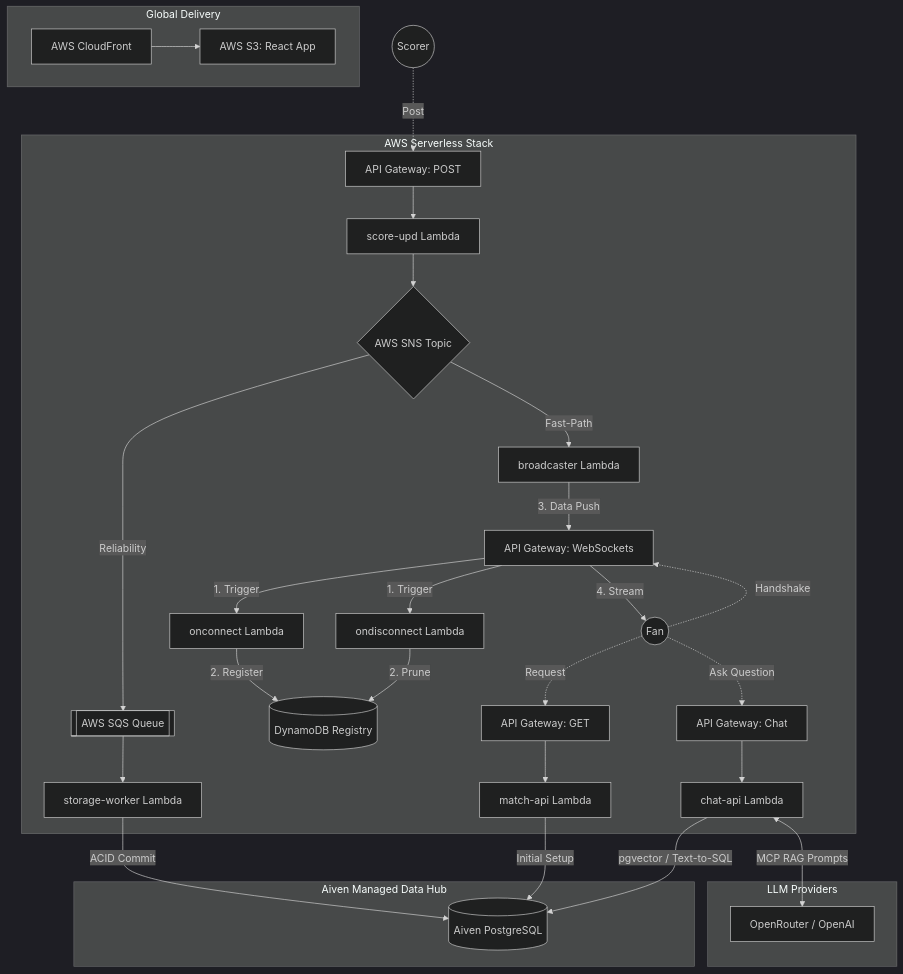
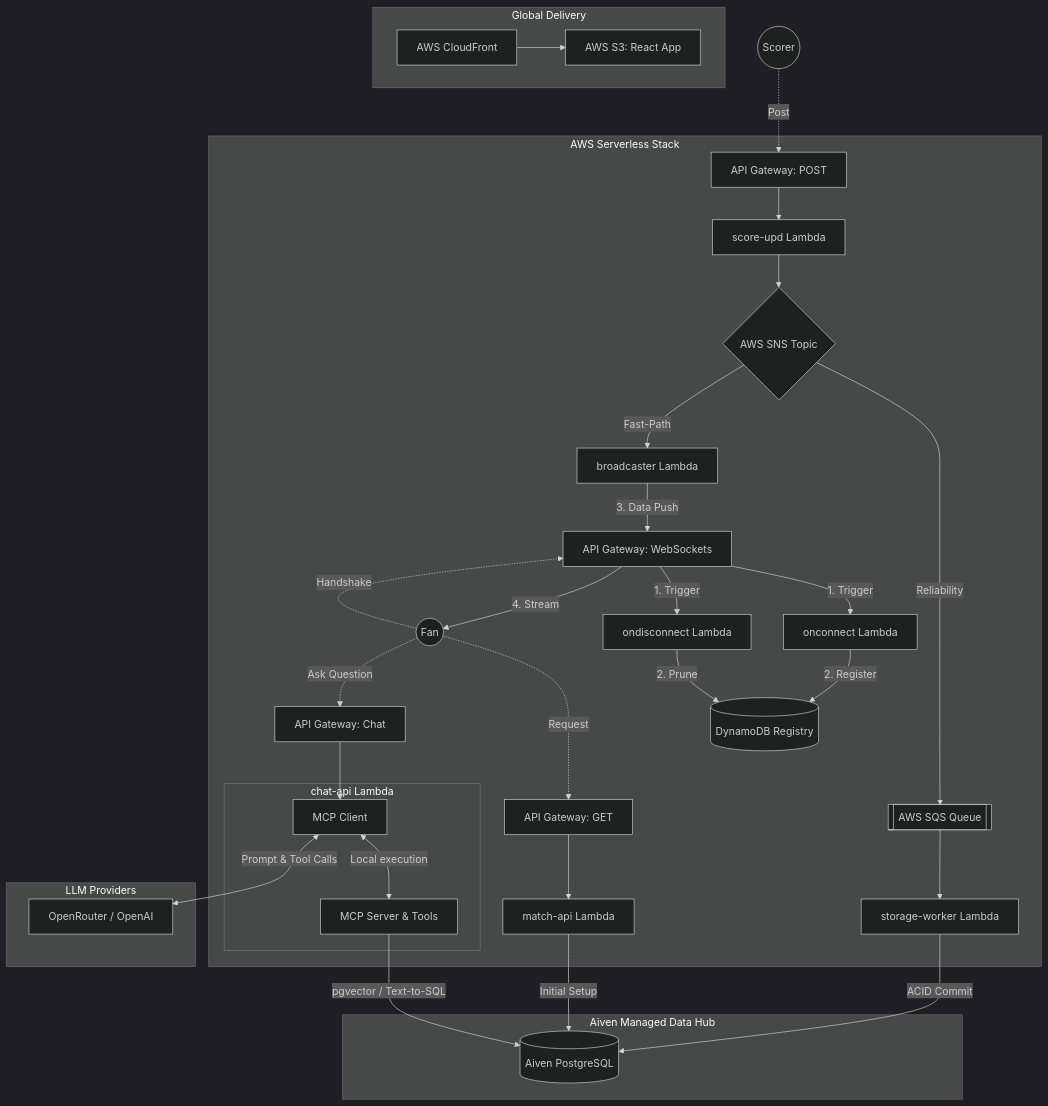
Before and after one commit to venkatesh-singamsetty/cricscore: the diagram in README.md, drawn with Mermaid (dark theme).

Commit message:
docs: detail MCP Client and Server separation in architecture diagram

````diff
--- a/README.md
+++ b/README.md
@@ -32,56 +32,62 @@
 ```mermaid
 graph TD
     %% Global CDN Layer
     subgraph CDN [Global Delivery]
         CF[AWS CloudFront] --> S3[AWS S3: React App]
     end
 
     %% Cloud Logic
     subgraph AWS [AWS Serverless Stack]
         REST_GET[API Gateway: GET] --> match_api[match-api Lambda]
 
         REST_POST[API Gateway: POST] --> score_update[score-upd Lambda]
         score_update --> SNS{AWS SNS Topic}
 
         %% Agentic AI
-        REST_AI[API Gateway: Chat] --> chat_api[chat-api Lambda]
+        REST_AI[API Gateway: Chat] --> MCP_C
+
+        subgraph chat_api [chat-api Lambda]
+            MCP_C[MCP Client]
+            MCP_S[MCP Server & Tools]
+            MCP_C <-->|Local execution| MCP_S
+        end
 
         %% Consumer logic
         SNS -->|Reliability| SQS[[AWS SQS Queue]]
         SQS --> storage_worker[storage-worker Lambda]
 
         SNS -->|Fast-Path| broadcaster[broadcaster Lambda]
 
         %% WebSocket Gateway Hub
         WS_GW[API Gateway: WebSockets] -->|1. Trigger| onConnect[onconnect Lambda]
         WS_GW -->|1. Trigger| onDisconnect[ondisconnect Lambda]
 
         onConnect -->|2. Register| DDB[(DynamoDB Registry)]
         onDisconnect -->|2. Prune| DDB
 
         broadcaster -->|3. Data Push| WS_GW
         WS_GW -->|4. Stream| Fan
     end
 
     %% Data Hub
     subgraph Aiven [Aiven Managed Data Hub]
         PG[(Aiven PostgreSQL)]
     end
 
     %% External AI Models
     subgraph AI [LLM Providers]
         LLM[OpenRouter / OpenAI]
     end
 
     %% Explicit data routing
     match_api -->|Initial Setup| PG
     storage_worker -->|ACID Commit| PG
-    chat_api -->|pgvector / Text-to-SQL| PG
-    chat_api <-->|MCP RAG Prompts| LLM
+    MCP_S -->|pgvector / Text-to-SQL| PG
+    MCP_C <-->|Prompt & Tool Calls| LLM
 
     %% User Interaction Labels
     Fan((Fan)) -.->|Request| REST_GET
     Fan -.->|Handshake| WS_GW
     Fan -.->|Ask Question| REST_AI
     Scorer((Scorer)) -.->|Post| REST_POST
 ```
````
